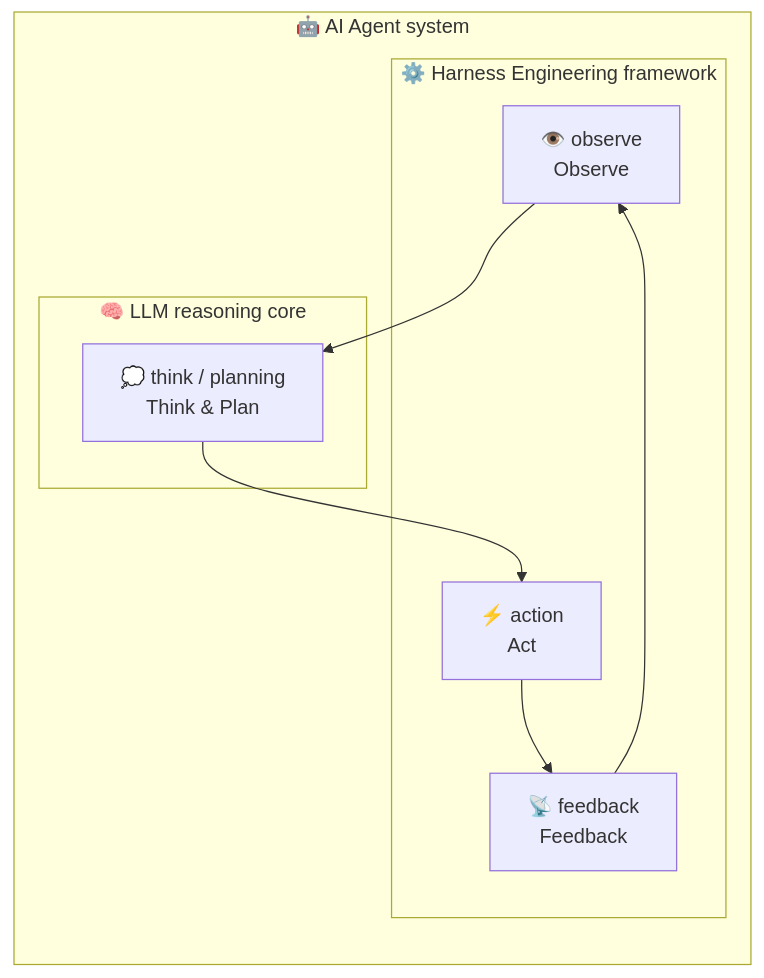
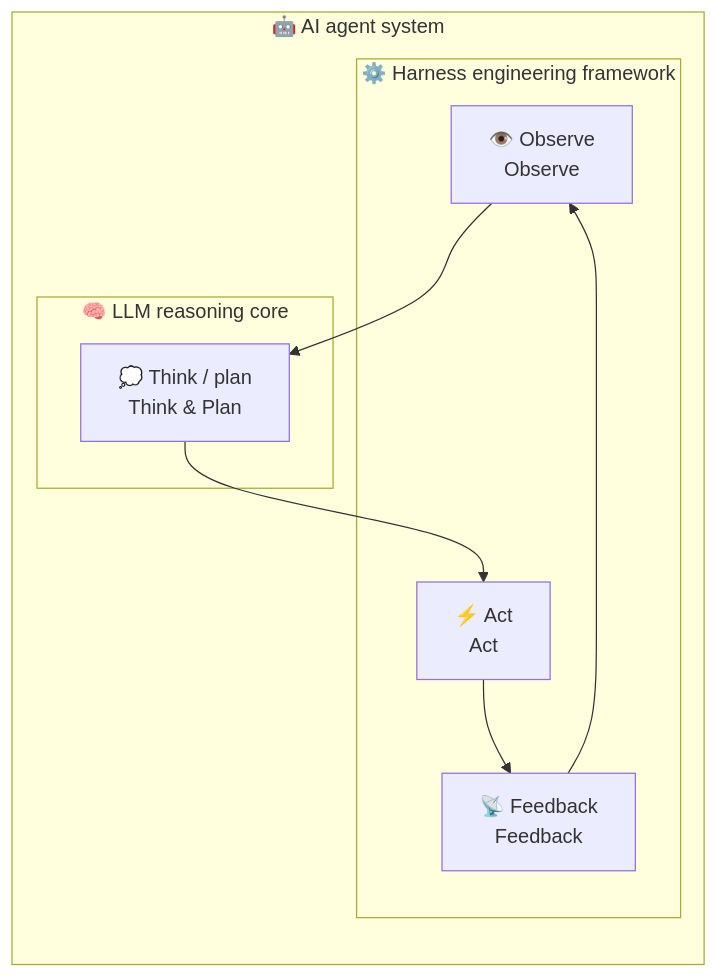
One commit to TingdeLiu/tingdeliu.github.io changed the first of 50 diagrams in _translations/en/research/AI-Agent-Survey.md. Above: the diagram before and after it, drawn with Mermaid. The commit also changed other lines of this file and 51 other files, not shown here.

````diff
--- a/_translations/en/research/AI-Agent-Survey.md
+++ b/_translations/en/research/AI-Agent-Survey.md
@@ -70,17 +70,17 @@
 ```mermaid
 flowchart LR
-    subgraph Agent["🤖 AI Agent system"]
+    subgraph Agent["🤖 AI agent system"]
         subgraph LLM["🧠 LLM reasoning core"]
-            THK["💭 think / planning\nThink & Plan"]
+            THK["💭 Think / plan\nThink & Plan"]
         end
-        subgraph Harness["⚙️ Harness Engineering framework"]
-            OBS["👁️ observe\nObserve"]
-            ACT["⚡ action\nAct"]
-            FBK["📡 feedback\nFeedback"]
+        subgraph Harness["⚙️ Harness engineering framework"]
+            OBS["👁️ Observe\nObserve"]
+            ACT["⚡ Act\nAct"]
+            FBK["📡 Feedback\nFeedback"]
         end
     end
     OBS --> THK
     THK --> ACT
     ACT --> FBK
     FBK --> OBS
 ```
````
